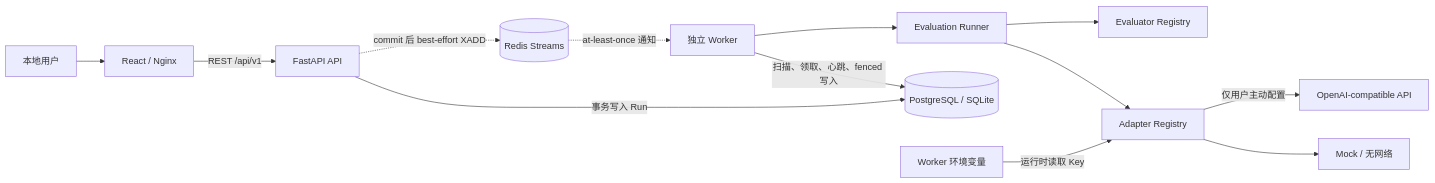
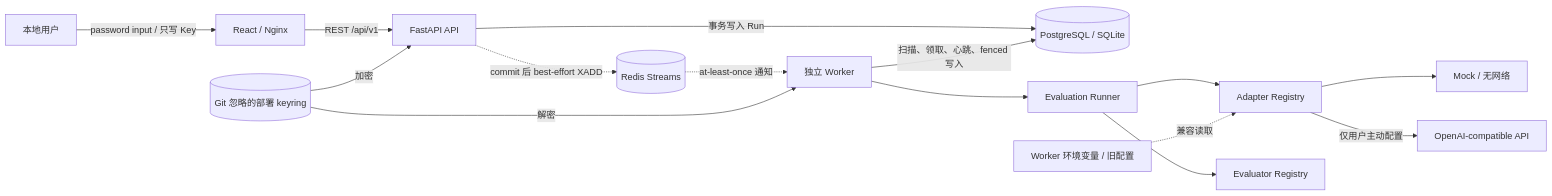
One commit to CWNU-Open-Source-Community/LLMBenchLab changed the diagram in README.md. Above: the diagram before and after it, drawn with Mermaid. The commit also changed other lines of this file and 66 other files, not shown here.

````diff
--- a/README.md
+++ b/README.md
@@ -57,15 +57,17 @@
 ```mermaid
 flowchart LR
-    User[本地用户] --> Web[React / Nginx]
+    User[本地用户] -->|password input / 只写 Key| Web[React / Nginx]
     Web -->|REST /api/v1| API[FastAPI API]
     API -->|事务写入 Run| DB[(PostgreSQL / SQLite)]
     API -.->|commit 后 best-effort XADD| Redis[(Redis Streams)]
     Redis -.->|at-least-once 通知| Worker[独立 Worker]
     Worker -->|扫描、领取、心跳、fenced 写入| DB
     Worker --> Runner[Evaluation Runner]
+    Keyring[(Git 忽略的部署 keyring)] -->|加密| API
+    Keyring -->|解密| Worker
     Runner --> Adapters[Adapter Registry]
     Runner --> Evaluators[Evaluator Registry]
     Adapters --> Mock[Mock / 无网络]
     Adapters -->|仅用户主动配置| Provider[OpenAI-compatible API]
-    WorkerEnv[Worker 环境变量] -->|运行时读取 Key| Adapters
+    WorkerEnv[Worker 环境变量 / 旧配置] -.->|兼容读取| Adapters
 ```
````
